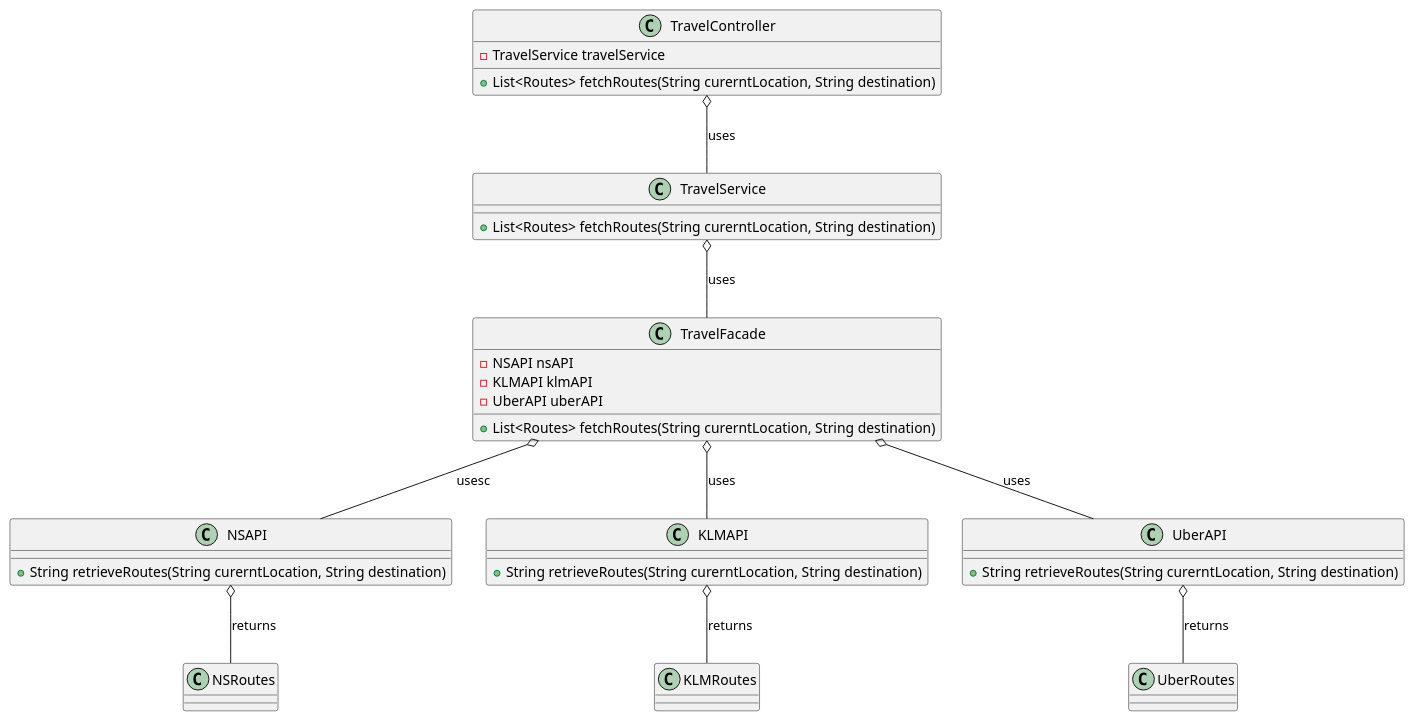
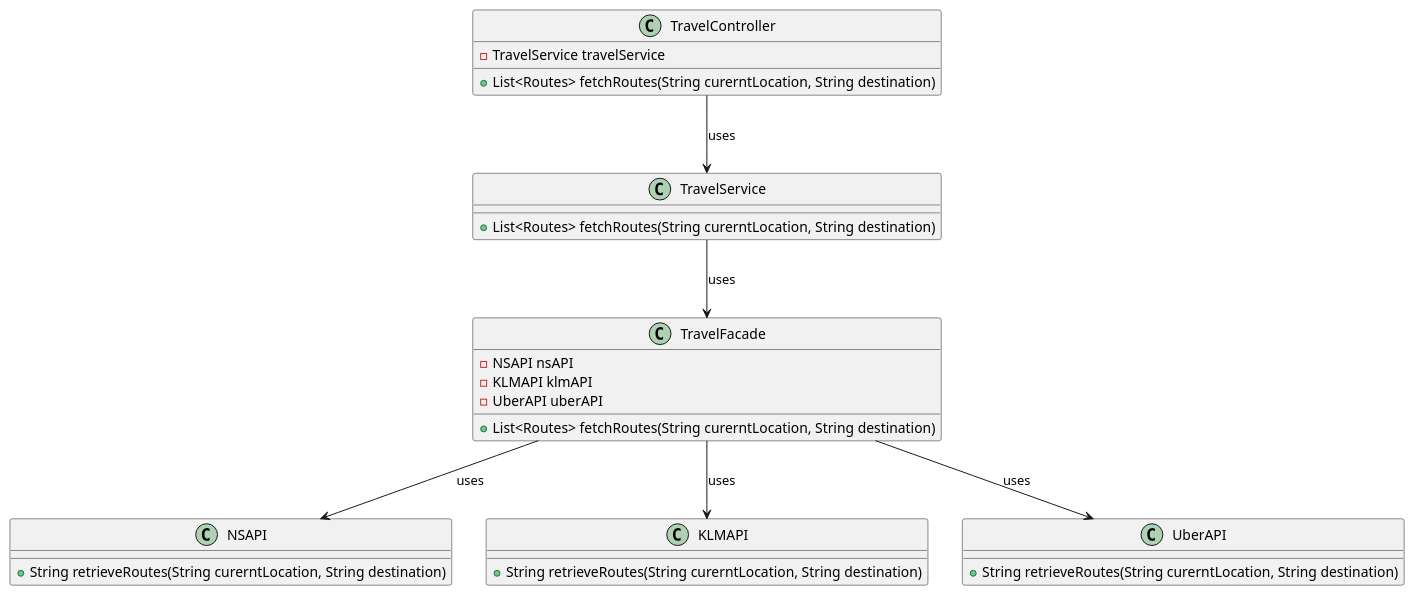
One commit to AIM-ENE-feb25/triptop-groep-4-afscheidscadeau-voor-juf-kim changed the diagram in FacadePatternUitwerking/ClassDiagram.puml. Above: the diagram before and after it, drawn with PlantUML. The commit also changed 1 other file, not shown here.

```diff
--- a/FacadePatternUitwerking/ClassDiagram.puml
+++ b/FacadePatternUitwerking/ClassDiagram.puml
@@ -1,46 +1,46 @@
 @startuml
 
 class TravelController {
     -TravelService travelService
     +List<Routes> fetchRoutes(String curerntLocation, String destination)
 }
 
 
 class TravelService {
     +List<Routes> fetchRoutes(String curerntLocation, String destination)
 
 }
 
 class TravelFacade {
     -NSAPI nsAPI
     -KLMAPI klmAPI
     -UberAPI uberAPI
     +List<Routes> fetchRoutes(String curerntLocation, String destination)
 }
 
 
 class NSAPI {
     +String retrieveRoutes(String curerntLocation, String destination)
 }
 
 class KLMAPI {
     +String retrieveRoutes(String curerntLocation, String destination)
 }
 
 class UberAPI {
     +String retrieveRoutes(String curerntLocation, String destination)
 }
 
 
 
-TravelFacade o-- NSAPI : usesc
-TravelFacade o-- KLMAPI : uses
-TravelFacade o-- UberAPI : uses
+TravelFacade --> NSAPI : uses
+TravelFacade --> KLMAPI : uses
+TravelFacade --> UberAPI : uses
 
-NSAPI o-- NSRoutes : returns
-KLMAPI o-- KLMRoutes : returns
-UberAPI o-- UberRoutes : returns
+'NSAPI o-- NSRoutes : returns
+'KLMAPI o-- KLMRoutes : returns
+'UberAPI o-- UberRoutes : returns
 
-TravelController o-- TravelService : uses
-TravelService o-- TravelFacade : uses
+TravelController --> TravelService : uses
+TravelService --> TravelFacade : uses
 @enduml
```
